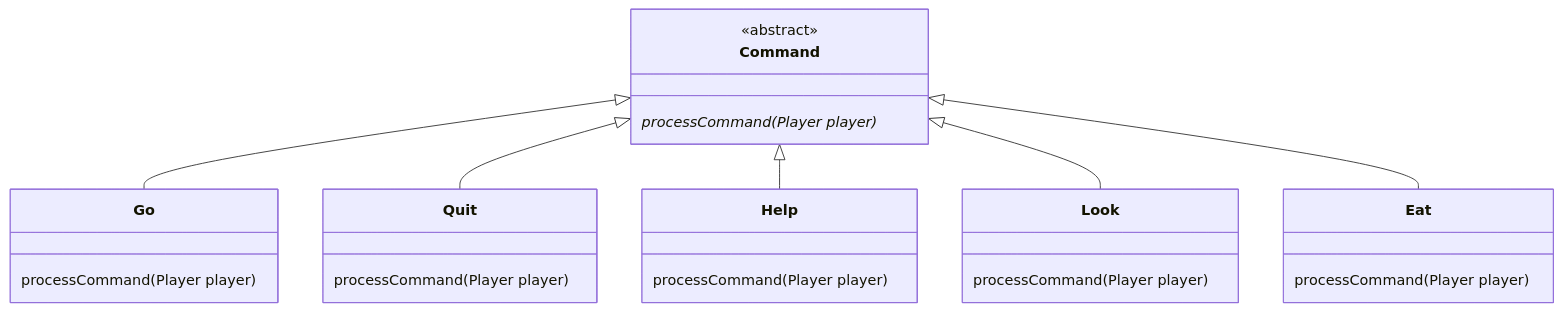
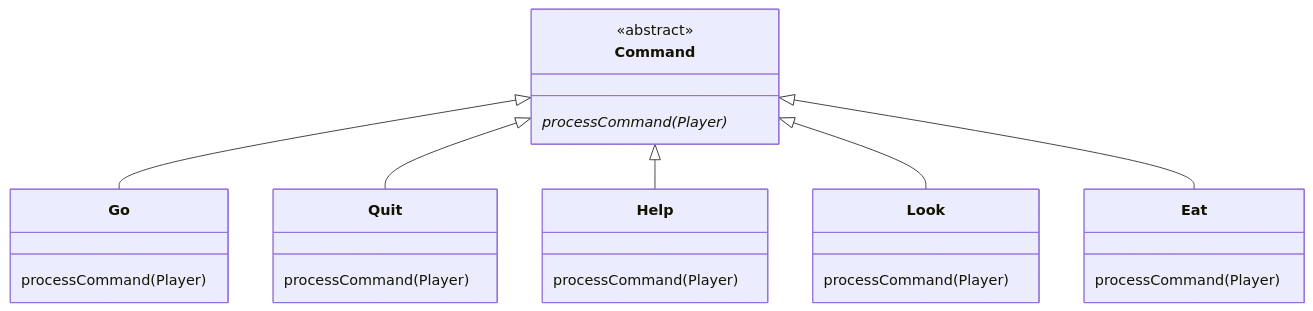
One commit to bkleinen/bkleinen.github.io changed the diagram in hugo/content/classes/ws2023/info1/labs/exercise-10.md. Above: the diagram before and after it, drawn with Mermaid. The commit also changed other lines of this file and 3 other files, not shown here.

```diff
--- a/hugo/content/classes/ws2023/info1/labs/exercise-10.md
+++ b/hugo/content/classes/ws2023/info1/labs/exercise-10.md
@@ -11,29 +11,29 @@
 {{<mermaid>}} 
 classDiagram
 
     Command <|-- Go
     Command <|-- Quit
     Command <|-- Help
     Command <|-- Look
     Command <|-- Eat
     <<abstract>> Command
     class Command{
-      processCommand(Player player)*
+      processCommand(Player)*
     }
     
     class Go{
-      processCommand(Player player)
+      processCommand(Player)
     }
     class Quit{
-      processCommand(Player player)
+      processCommand(Player)
     }
     class Help{
-      processCommand(Player player)
+      processCommand(Player)
     }
     class Look{
-      processCommand(Player player)
+      processCommand(Player)
     }
     class Eat{
-      processCommand(Player player)
+      processCommand(Player)
     }
 {{</ mermaid>}}
```
